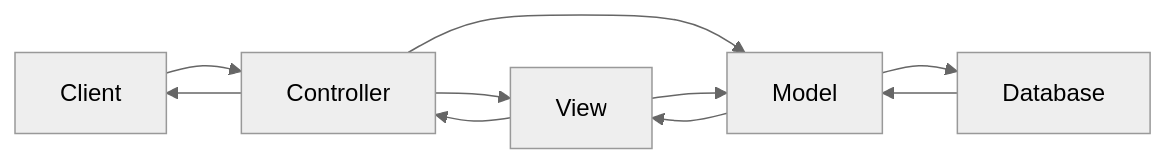
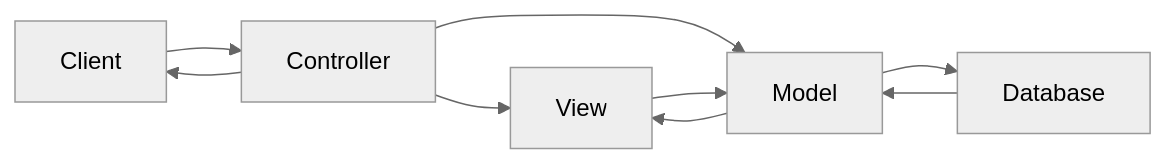
The first of 2 diagrams in README.md (sanyi0411/django_notes), drawn with Mermaid (neutral theme) before and after one commit.

Commit message:
Test mermaid

````diff
--- a/README.md
+++ b/README.md
@@ -126,12 +126,11 @@
 ```mermaid
 graph LR;
     Client-->Controller;
     Controller-->Client;
     Controller-->View;
     Controller-->Model;
-    View-->Controller;
     View-->Model;
     Model-->View;
     Model-->Database;
     Database-->Model;
 ```
````
